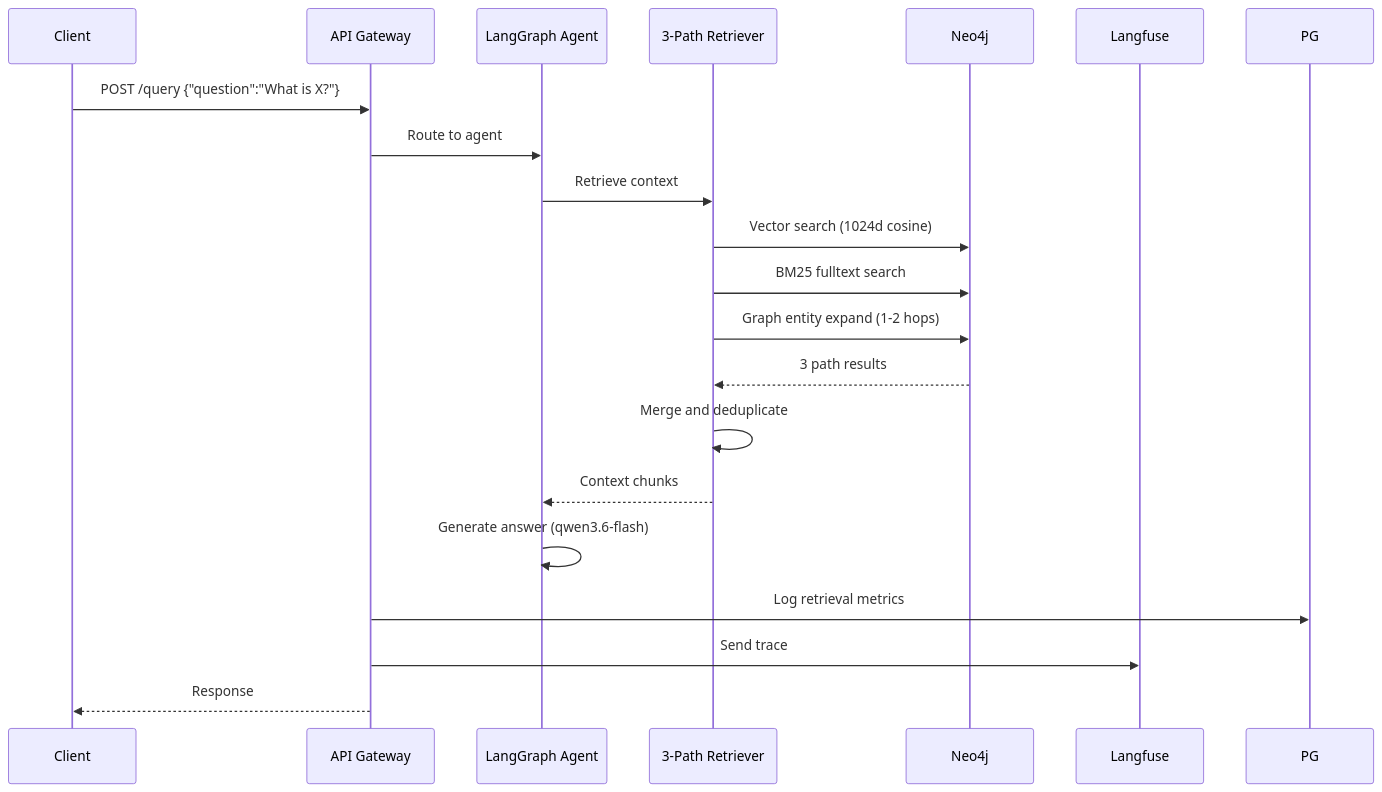
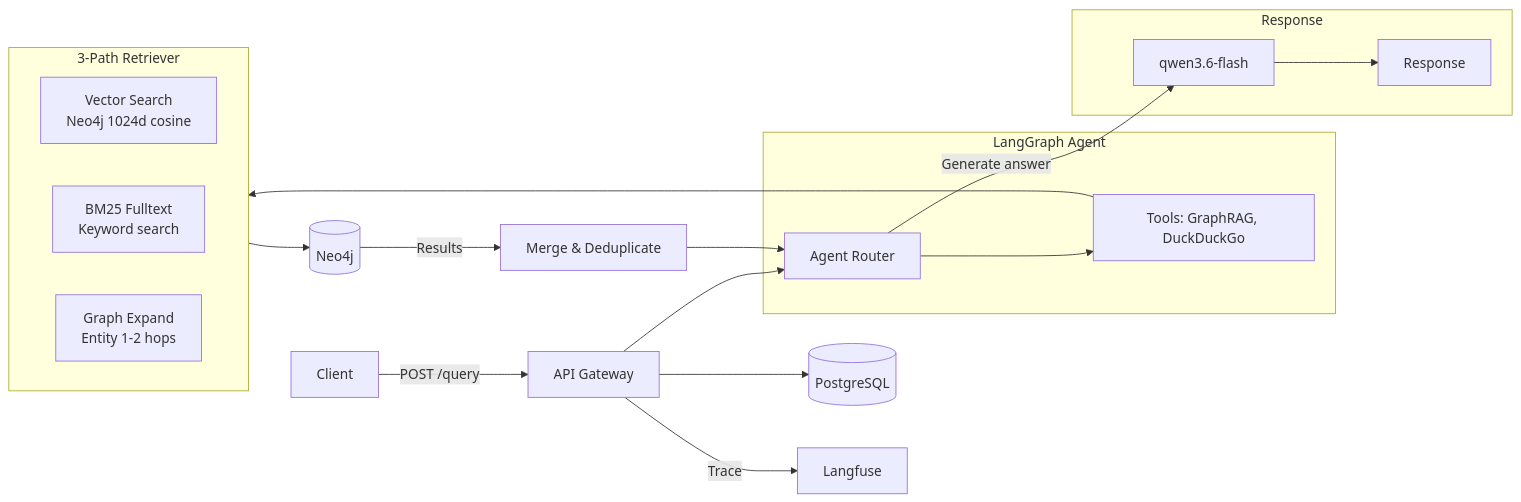
Before and after one commit to kanchengw/NexusGraph: the second of 3 diagrams in README.md, drawn with Mermaid. The commit also changed other lines of this file, not shown here.

Commit message:
docs: simplify architecture to 3 diagrams, convert query flow to flowchart

````diff
--- a/README.md
+++ b/README.md
@@ -76,23 +60,32 @@
 ```mermaid
-sequenceDiagram
-    participant C as Client
-    participant GW as API Gateway
-    participant AG as LangGraph Agent
-    participant RT as 3-Path Retriever
-    participant N as Neo4j
-    participant LF as Langfuse
+flowchart LR
+    C[Client] -->|"POST /query"| GW[API Gateway]
 
-    C->>GW: POST /query {"question":"What is X?"}
-    GW->>AG: Route to agent
-    AG->>RT: Retrieve context
-    RT->>N: Vector search (1024d cosine)
-    RT->>N: BM25 fulltext search
-    RT->>N: Graph entity expand (1-2 hops)
-    N-->>RT: 3 path results
-    RT->>RT: Merge and deduplicate
-    RT-->>AG: Context chunks
-    AG->>AG: Generate answer (qwen3.6-flash)
-    GW->>PG: Log retrieval metrics
-    GW->>LF: Send trace
-    GW-->>C: Response
+    subgraph LangGraph["LangGraph Agent"]
+        AG[Agent Router]
+        T["Tools: GraphRAG, DuckDuckGo"]
+        AG --> T
+    end
+
+    GW --> AG
+
+    subgraph Retrieval["3-Path Retriever"]
+        direction LR
+        V[Vector Search<br/>Neo4j 1024d cosine]
+        BM[BM25 Fulltext<br/>Keyword search]
+        GR[Graph Expand<br/>Entity 1-2 hops]
+    end
+
+    T --> Retrieval
+    Retrieval --> NEO[("Neo4j")]
+    NEO -->|Results| RT[Merge & Deduplicate]
+    RT --> AG
+
+    subgraph Output["Response"]
+        AG -->|Generate answer| LLM[qwen3.6-flash]
+        LLM --> RES[Response]
+    end
+
+    GW --> PG[("PostgreSQL")]
+    GW -->|Trace| LF[Langfuse]
 ```
````
